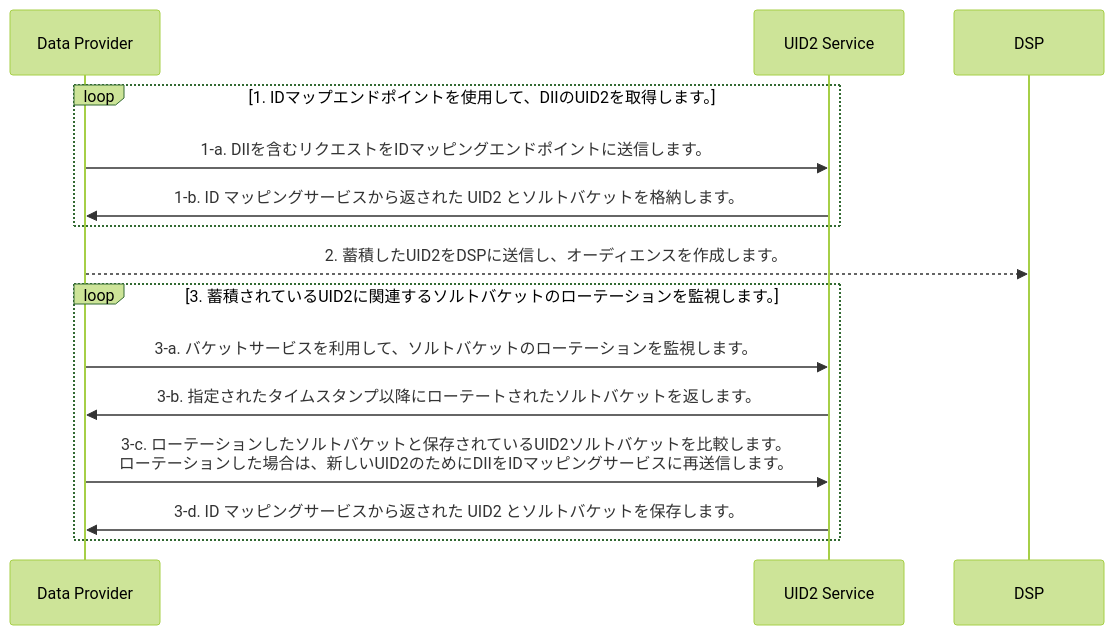
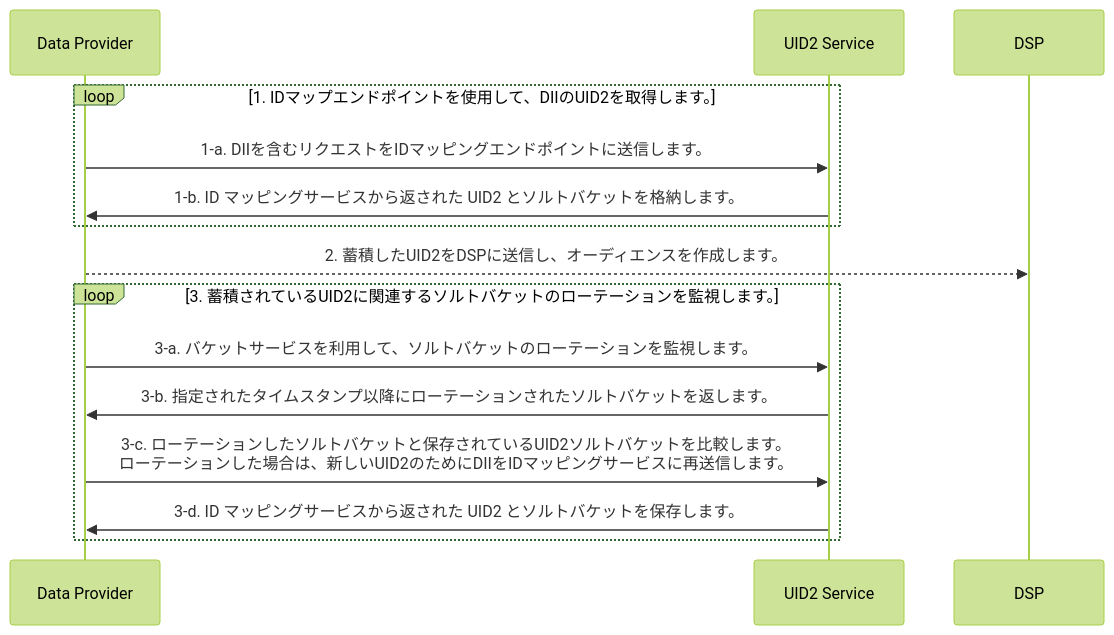
One commit to IABTechLab/uid2docs changed the diagram in api-ja/v2/guides/advertiser-dataprovider-guide.md. Above: the diagram before and after it, drawn with Mermaid (forest theme). The commit also changed other lines of this file and 25 other files, not shown here.

````diff
--- a/api-ja/v2/guides/advertiser-dataprovider-guide.md
+++ b/api-ja/v2/guides/advertiser-dataprovider-guide.md
@@ -22,17 +22,17 @@
 ```mermaid
 sequenceDiagram
   participant DP as Data Provider
   participant UID2 as UID2 Service
   participant DSP
   loop 1. IDマップエンドポイントを使用して、DIIのUID2を取得します。
   DP->>UID2: 1-a. DIIを含むリクエストをIDマッピングエンドポイントに送信します。
   UID2->>DP: 1-b. ID マッピングサービスから返された UID2 とソルトバケットを格納します。
   end
   DP-->>DSP: 2. 蓄積したUID2をDSPに送信し、オーディエンスを作成します。
   loop 3. 蓄積されているUID2に関連するソルトバケットのローテーションを監視します。
      DP->>UID2: 3-a. バケットサービスを利用して、ソルトバケットのローテーションを監視します。
-     UID2->>DP: 3-b. 指定されたタイムスタンプ以降にローテートされたソルトバケットを返します。
+     UID2->>DP: 3-b. 指定されたタイムスタンプ以降にローテーションされたソルトバケットを返します。
      DP->>UID2: 3-c. ローテーションしたソルトバケットと保存されているUID2ソルトバケットを比較します。<br/>ローテーションした場合は、新しいUID2のためにDIIをIDマッピングサービスに再送信します。
      UID2->>DP: 3-d. ID マッピングサービスから返された UID2 とソルトバケットを保存します。
   end
 ```
````
